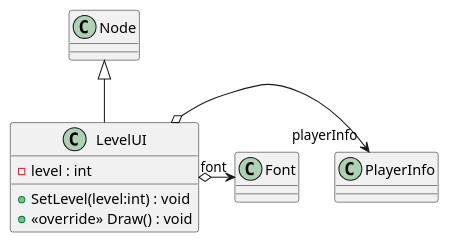
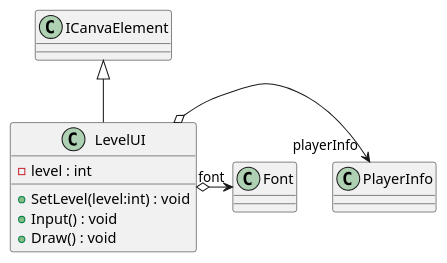
The diagram in uml/SweeperRpg/Src/UI/LevelUI.puml (Reroll-inc/sweeper-rpg), drawn with PlantUML before and after one commit. The commit also changed 26 other files, not shown here.

Commit message:
regenerate uml

```diff
--- a/uml/SweeperRpg/Src/UI/LevelUI.puml
+++ b/uml/SweeperRpg/Src/UI/LevelUI.puml
@@ -1,10 +1,11 @@
 @startuml
 class LevelUI {
     - level : int
     + SetLevel(level:int) : void
-    + <<override>> Draw() : void
+    + Input() : void
+    + Draw() : void
 }
-Node <|-- LevelUI
+ICanvaElement <|-- LevelUI
 LevelUI o-> "playerInfo" PlayerInfo
 LevelUI o-> "font" Font
 @enduml
```
